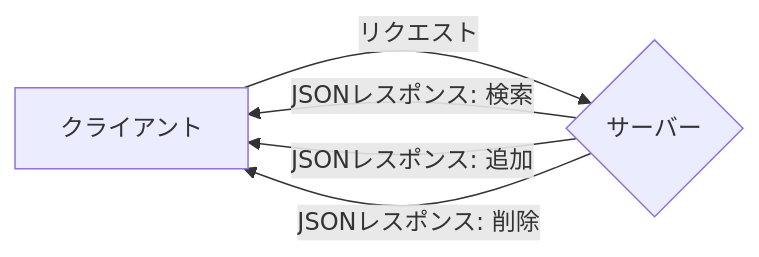
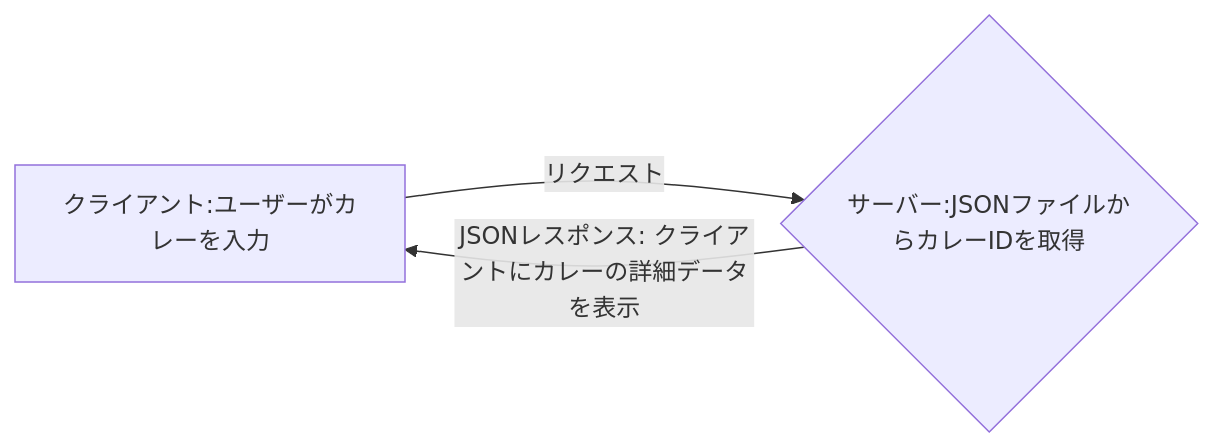
One commit to teamc-backendwebAPI/devlog changed the diagram in README.md. Above: the diagram before and after it, drawn with Mermaid.

````diff
--- a/README.md
+++ b/README.md
@@ -87,7 +87,5 @@
 ```mermaid
 graph LR;
-    A[クライアント] -- リクエスト --> B{サーバー};
-    B -- JSONレスポンス: 検索 --> A;
-    B -- JSONレスポンス: 追加 --> A;
-    B -- JSONレスポンス: 削除 --> A;
+    A[クライアント:ユーザーがカレーを入力] -- リクエスト --> B{サーバー:JSONファイルからカレーIDを取得};
+    B -- JSONレスポンス: クライアントにカレーの詳細データを表示 --> A;
 ```
````
